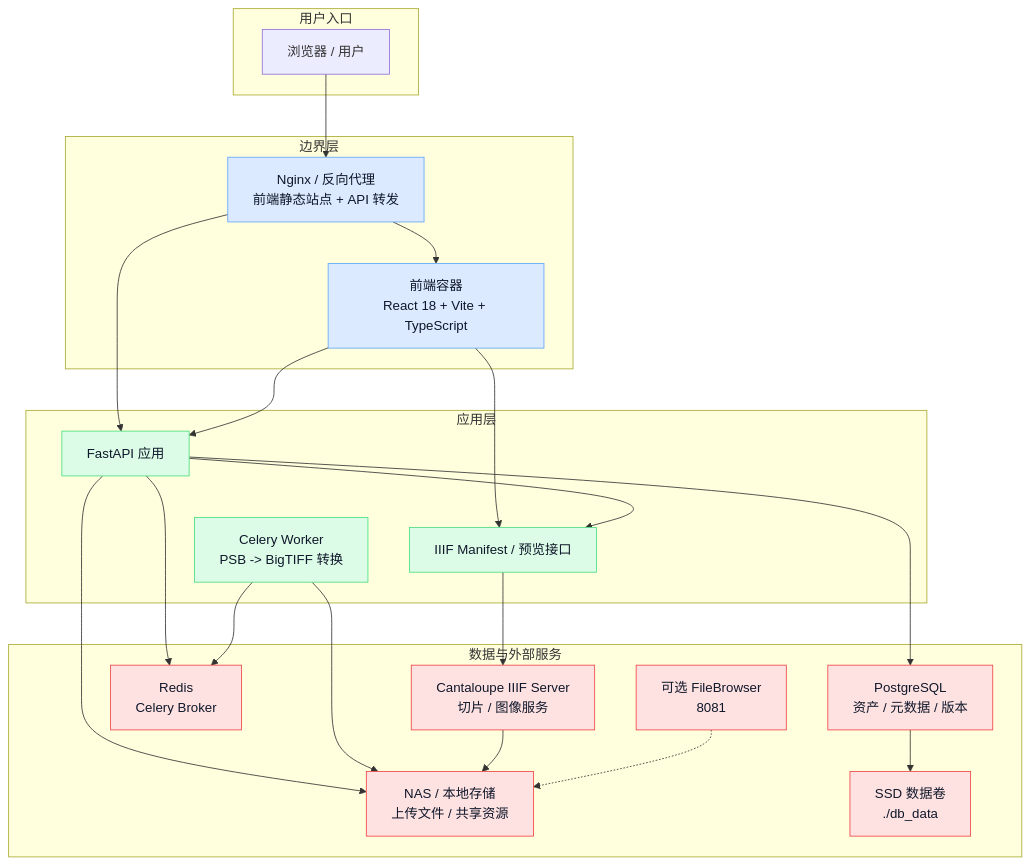
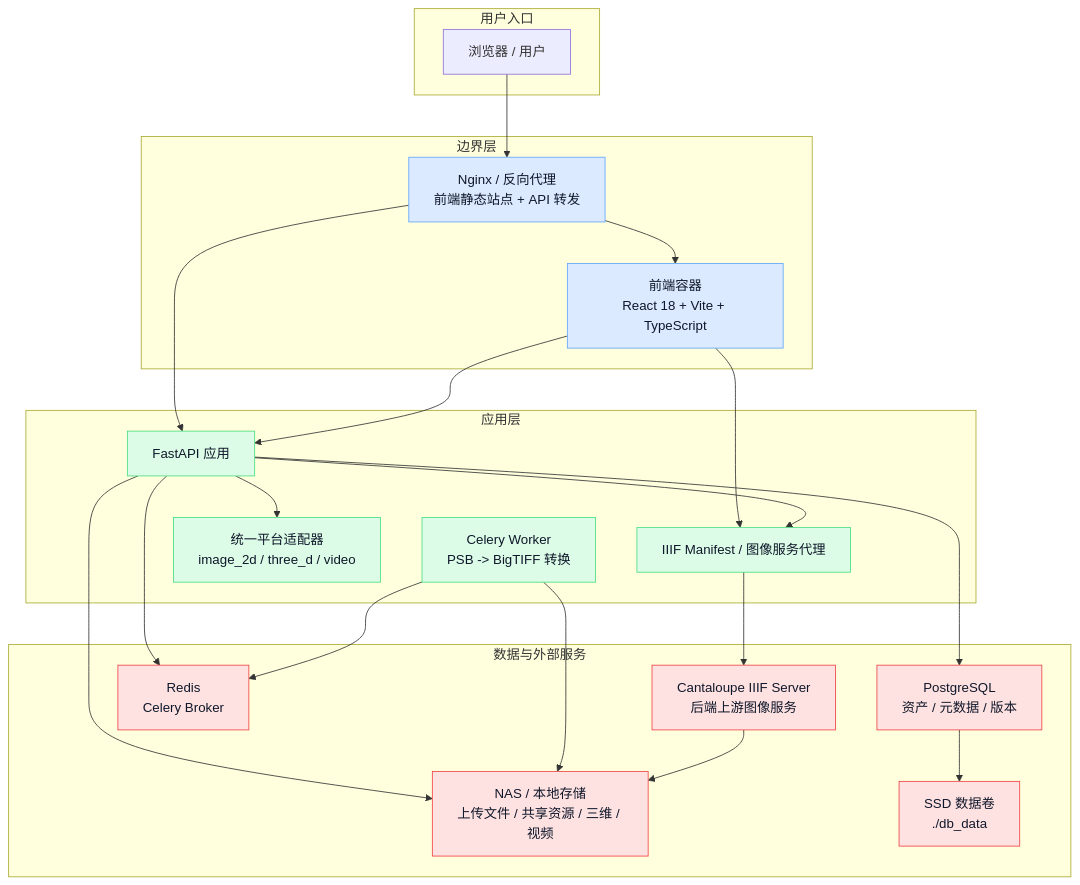
Before and after one commit to bigheadhenry/mdams-prototype: the diagram in docs/07-图示/MDAMS-Deployment.mmd, drawn with Mermaid. The commit also changed 52 other files, not shown here.

```diff
--- a/docs/07-图示/MDAMS-Deployment.mmd
+++ b/docs/07-图示/MDAMS-Deployment.mmd
@@ -1,48 +1,48 @@
 flowchart TB
   subgraph User["用户入口"]
     U["浏览器 / 用户"]
   end
 
   subgraph Edge["边界层"]
     NGINX["Nginx / 反向代理<br/>前端静态站点 + API 转发"]
     FE["前端容器<br/>React 18 + Vite + TypeScript"]
   end
 
   subgraph App["应用层"]
     API["FastAPI 应用"]
     WORKER["Celery Worker<br/>PSB -> BigTIFF 转换"]
-    IIIFAPI["IIIF Manifest / 预览接口"]
+    IIIFAPI["IIIF Manifest / 图像服务代理"]
+    PLATFORM["统一平台适配器<br/>image_2d / three_d / video"]
   end
 
   subgraph Infra["数据与外部服务"]
     PG["PostgreSQL<br/>资产 / 元数据 / 版本"]
     REDIS["Redis<br/>Celery Broker"]
-    CANTA["Cantaloupe IIIF Server<br/>切片 / 图像服务"]
-    NAS["NAS / 本地存储<br/>上传文件 / 共享资源"]
+    CANTA["Cantaloupe IIIF Server<br/>后端上游图像服务"]
+    NAS["NAS / 本地存储<br/>上传文件 / 共享资源 / 三维 / 视频"]
     SSD["SSD 数据卷<br/>./db_data"]
-    FB["可选 FileBrowser<br/>8081"]
   end
 
   U --> NGINX
   NGINX --> FE
   NGINX --> API
   FE --> API
   FE --> IIIFAPI
   API --> PG
   API --> REDIS
   API --> NAS
   API --> IIIFAPI
+  API --> PLATFORM
   WORKER --> REDIS
   WORKER --> NAS
   IIIFAPI --> CANTA
   CANTA --> NAS
   PG --> SSD
-  FB -.-> NAS
 
   classDef edge fill:#dbeafe,stroke:#60a5fa,color:#0f172a;
   classDef app fill:#dcfce7,stroke:#4ade80,color:#0f172a;
   classDef infra fill:#fee2e2,stroke:#ef4444,color:#0f172a;
 
   class NGINX,FE edge;
-  class API,WORKER,IIIFAPI app;
-  class PG,REDIS,CANTA,NAS,SSD,FB infra;
+  class API,WORKER,IIIFAPI,PLATFORM app;
+  class PG,REDIS,CANTA,NAS,SSD infra;
```
